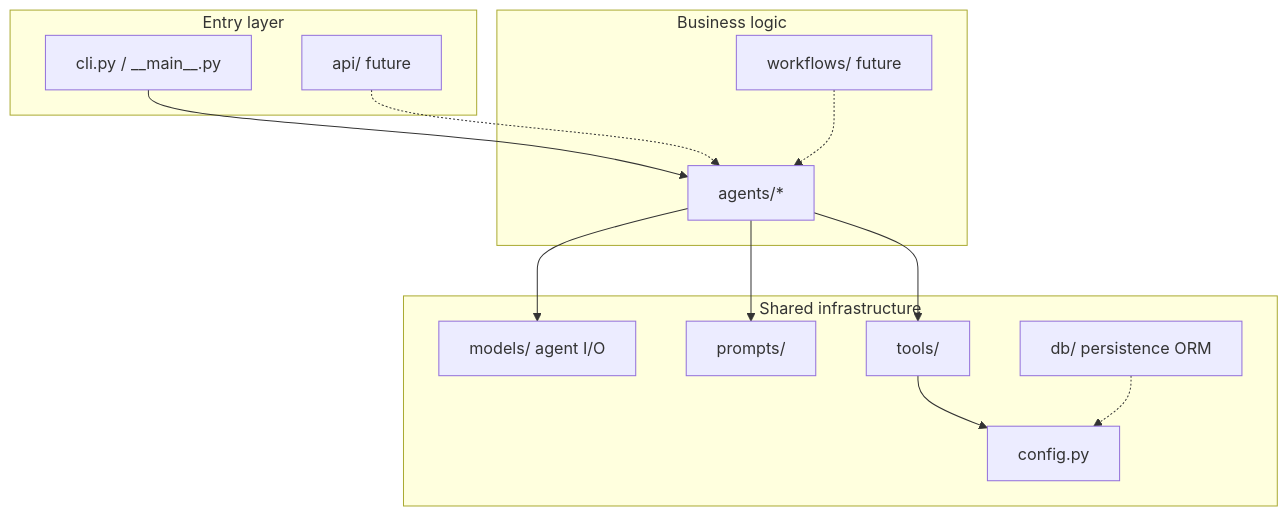
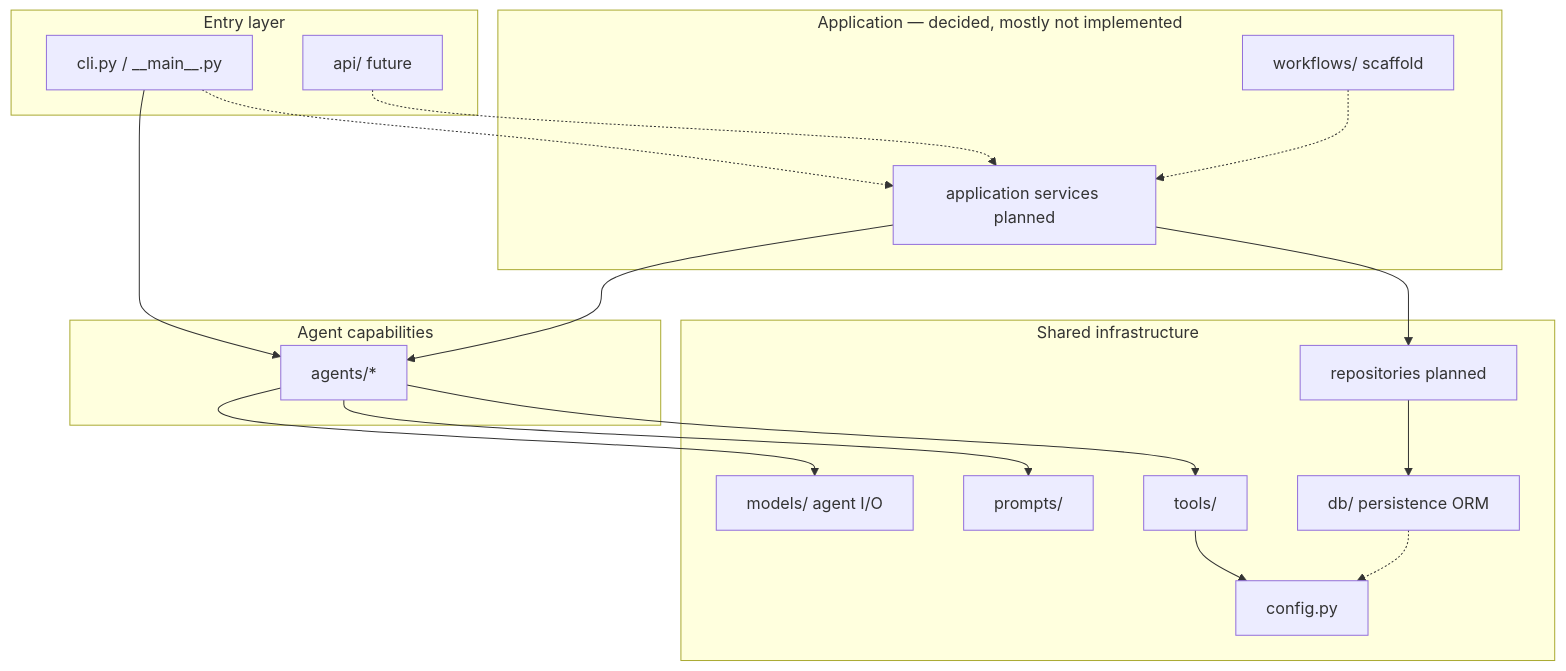
One commit to shira-ozana/career-ai changed the diagram in docs/architecture/project-structure.md. Above: the diagram before and after it, drawn with Mermaid. The commit also changed other lines of this file and 16 other files, not shown here.

Commit message:
Align architecture docs with modular-monolith and catalog-first Job Search decisions.

````diff
--- a/docs/architecture/project-structure.md
+++ b/docs/architecture/project-structure.md
@@ -69,29 +73,38 @@
 ```mermaid
 flowchart TB
     subgraph Entry["Entry layer"]
         CLI[cli.py / __main__.py]
         API[api/ future]
     end
 
-    subgraph Domain["Business logic"]
+    subgraph App["Application — decided, mostly not implemented"]
+        Workflows[workflows/ scaffold]
+        Services[application services planned]
+    end
+
+    subgraph Capabilities["Agent capabilities"]
         Agents[agents/*]
-        Workflows[workflows/ future]
     end
 
     subgraph Shared["Shared infrastructure"]
         Models[models/ agent I/O]
         Prompts[prompts/]
         Tools[tools/]
         Config[config.py]
         DB[db/ persistence ORM]
+        Repos[repositories planned]
     end
 
     CLI --> Agents
-    API -.-> Agents
+    CLI -.-> Services
+    API -.-> Services
+    Services --> Agents
+    Services --> Repos
     Agents --> Models
     Agents --> Prompts
     Agents --> Tools
     Tools --> Config
+    Repos --> DB
     DB -.-> Config
-    Workflows -.-> Agents
+    Workflows -.-> Services
 ```
````
